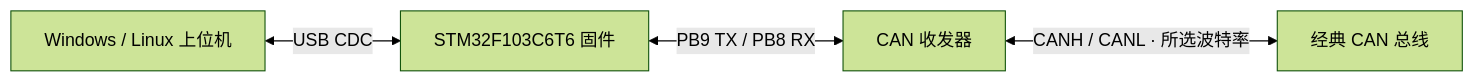
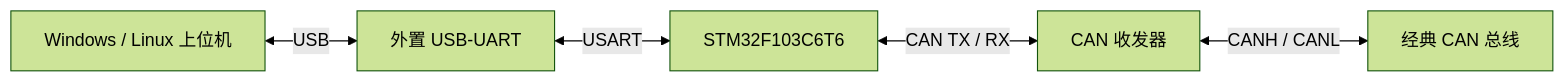
One commit to waibibabowaibiwaibi/stm32f103c6t6_candevice changed the diagram in README.md. Above: the diagram before and after it, drawn with Mermaid (forest theme). The commit also changed other lines of this file and 6 other files, not shown here.

Commit message:
Document STM32F103 USB-CAN hardware limitation

````diff
--- a/README.md
+++ b/README.md
@@ -103,6 +27,7 @@
 ```mermaid
 flowchart LR
-    PC[Windows / Linux 上位机] <-->|USB CDC| MCU[STM32F103C6T6 固件]
-    MCU <-->|PB9 TX / PB8 RX| PHY[CAN 收发器]
-    PHY <-->|CANH / CANL · 所选波特率| BUS[经典 CAN 总线]
+    PC[Windows / Linux 上位机] <-->|USB| UART[外置 USB-UART]
+    UART <-->|USART| MCU[STM32F103C6T6]
+    MCU <-->|CAN TX / RX| PHY[CAN 收发器]
+    PHY <-->|CANH / CANL| BUS[经典 CAN 总线]
 ```
````
